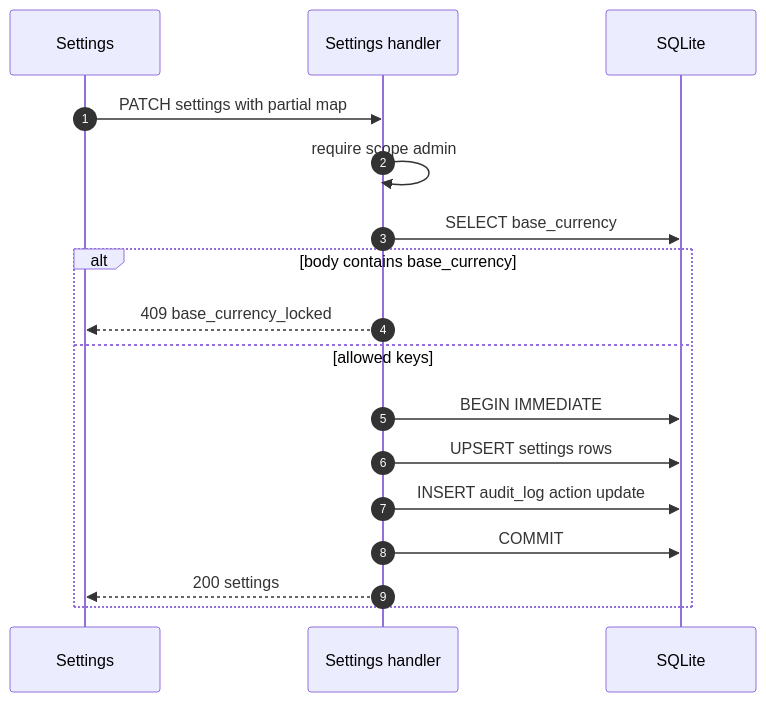
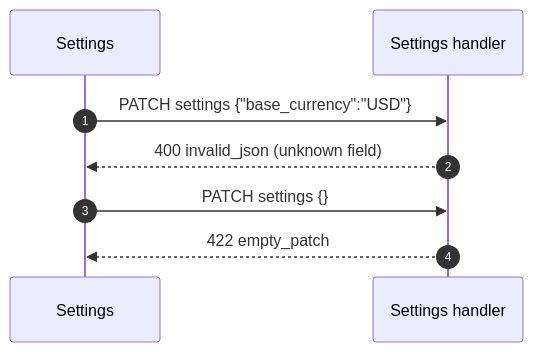
The fourth of 21 diagrams in docs/v2-api.md (dimasbaguspm/spenicle), drawn with Mermaid before and after one commit. The commit also changed other lines of this file and 32 other files, not shown here.

````diff
--- a/docs/v2-api.md
+++ b/docs/v2-api.md
@@ -553,19 +559,10 @@
 ```mermaid
 sequenceDiagram
     autonumber
     participant UI as Settings
     participant API as Settings handler
-    participant DB as SQLite
-    UI->>API: PATCH settings with partial map
-    API->>API: require scope admin
-    API->>DB: SELECT base_currency
-    alt body contains base_currency
-        API-->>UI: 409 base_currency_locked
-    else allowed keys
-        API->>DB: BEGIN IMMEDIATE
-        API->>DB: UPSERT settings rows
-        API->>DB: INSERT audit_log action update
-        API->>DB: COMMIT
-        API-->>UI: 200 settings
-    end
+    UI->>API: PATCH settings {"base_currency":"USD"}
+    API-->>UI: 400 invalid_json (unknown field)
+    UI->>API: PATCH settings {}
+    API-->>UI: 422 empty_patch
 ```
````
